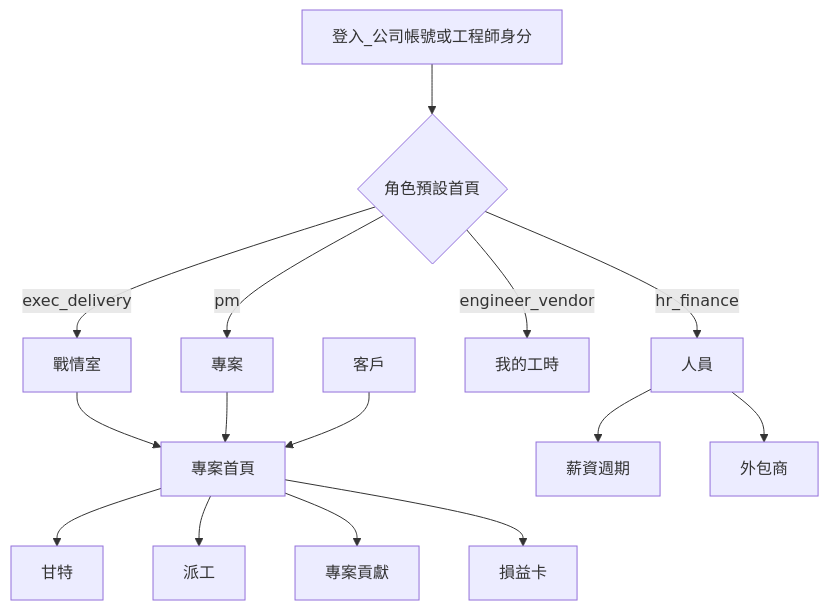
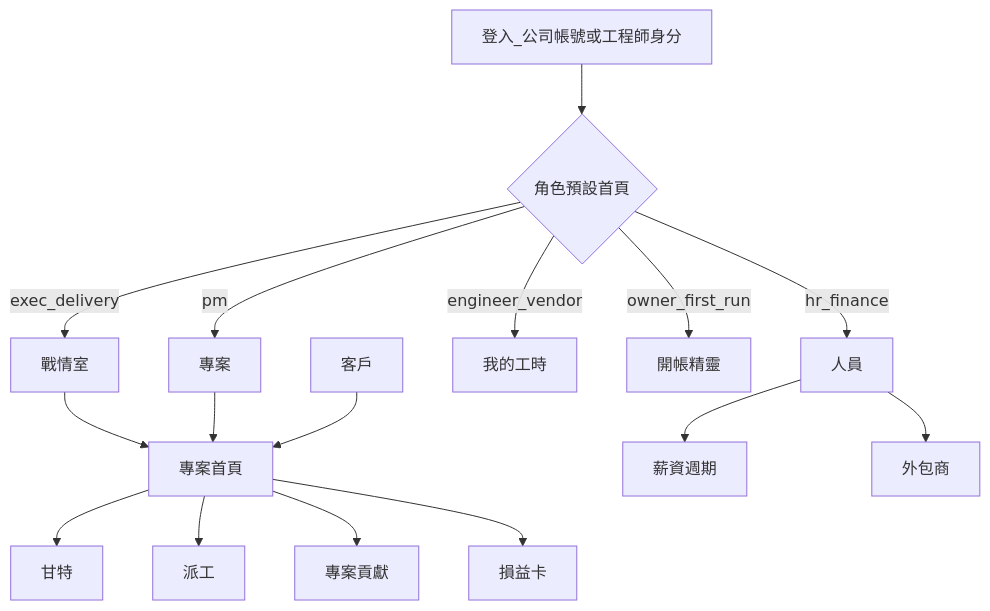
One commit to sjvann/AI_Project_Console changed the second of 2 diagrams in docs/product/ux.md. Above: the diagram before and after it, drawn with Mermaid. The commit also changed other lines of this file and 83 other files, not shown here.

````diff
--- a/docs/product/ux.md
+++ b/docs/product/ux.md
@@ -24,19 +145,20 @@
 ```mermaid
 flowchart TB
   Login[登入_公司帳號或工程師身分]
   Home{角色預設首頁}
   Login --> Home
   Home -->|exec_delivery| War[戰情室]
   Home -->|pm| Projects[專案]
   Home -->|hr_finance| People[人員]
   Home -->|engineer_vendor| Me[我的工時]
+  Home -->|owner_first_run| Wizard[開帳精靈]
   War --> ProjectPage[專案首頁]
   Projects --> ProjectPage
   ProjectPage --> Gantt[甘特]
   ProjectPage --> Dispatch[派工]
   ProjectPage --> Contrib[專案貢獻]
   ProjectPage --> Pnl[損益卡]
   People --> Payroll[薪資週期]
   People --> Vendors[外包商]
   Clients[客戶] --> ProjectPage
 ```
````
